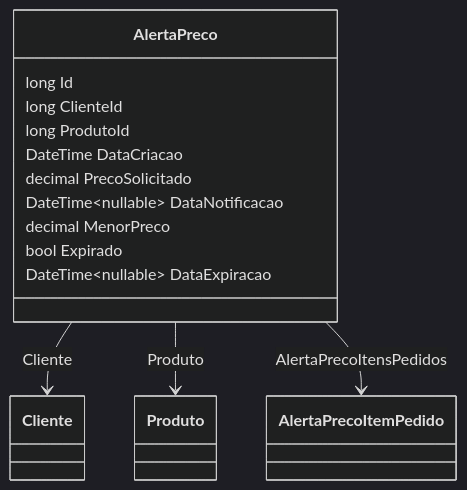
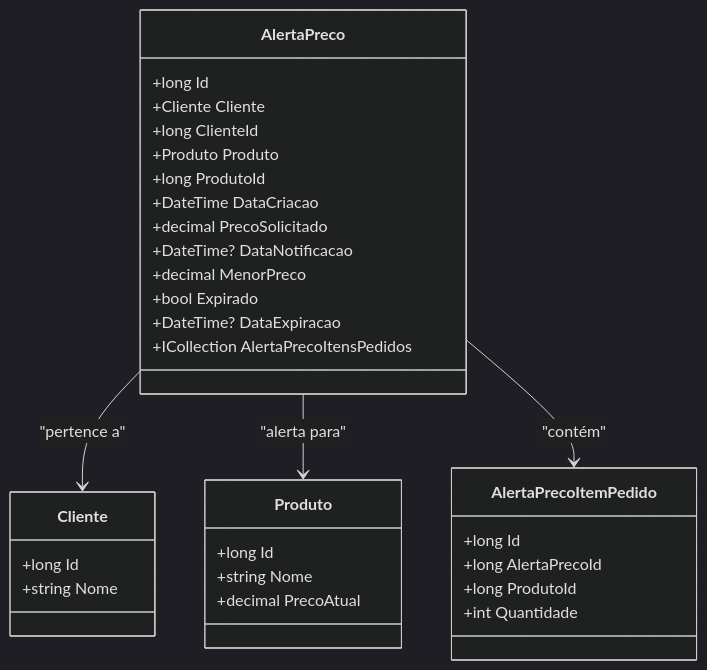
The diagram in docs/b2b-dominio/IsthmusWinthor.Nucleo/IsthmusWinthor.Dominio/Entidades/AlertaPreco.md (IsthmusSistemas/documentacao-tecnica), drawn with Mermaid (dark theme) before and after one commit. The commit also changed other lines of this file and 882 other files, not shown here.

````diff
--- a/docs/b2b-dominio/IsthmusWinthor.Nucleo/IsthmusWinthor.Dominio/Entidades/AlertaPreco.md
+++ b/docs/b2b-dominio/IsthmusWinthor.Nucleo/IsthmusWinthor.Dominio/Entidades/AlertaPreco.md
@@ -26,17 +26,39 @@
 ```mermaid
 classDiagram
     class AlertaPreco {
-        long Id
-        long ClienteId
-        long ProdutoId
-        DateTime DataCriacao
-        decimal PrecoSolicitado
-        DateTime~nullable~ DataNotificacao
-        decimal MenorPreco
-        bool Expirado
-        DateTime~nullable~ DataExpiracao
+        +long Id
+        +Cliente Cliente
+        +long ClienteId
+        +Produto Produto
+        +long ProdutoId
+        +DateTime DataCriacao
+        +decimal PrecoSolicitado
+        +DateTime? DataNotificacao
+        +decimal MenorPreco
+        +bool Expirado
+        +DateTime? DataExpiracao
+        +ICollection<AlertaPrecoItemPedido> AlertaPrecoItensPedidos
     }
-    AlertaPreco --> Cliente : Cliente
-    AlertaPreco --> Produto : Produto
-    AlertaPreco --> AlertaPrecoItemPedido : AlertaPrecoItensPedidos
+    
+    class Cliente {
+        +long Id
+        +string Nome
+    }
+    
+    class Produto {
+        +long Id
+        +string Nome
+        +decimal PrecoAtual
+    }
+    
+    class AlertaPrecoItemPedido {
+        +long Id
+        +long AlertaPrecoId
+        +long ProdutoId
+        +int Quantidade
+    }
+
+    AlertaPreco --> Cliente : "pertence a"
+    AlertaPreco --> Produto : "alerta para"
+    AlertaPreco --> AlertaPrecoItemPedido : "contém"
 ```
````
